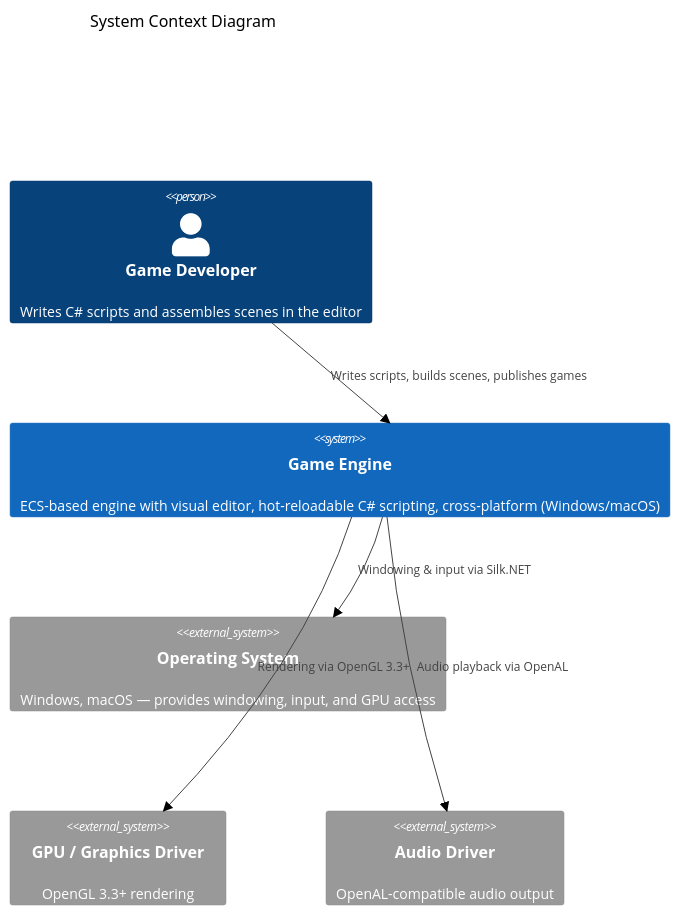
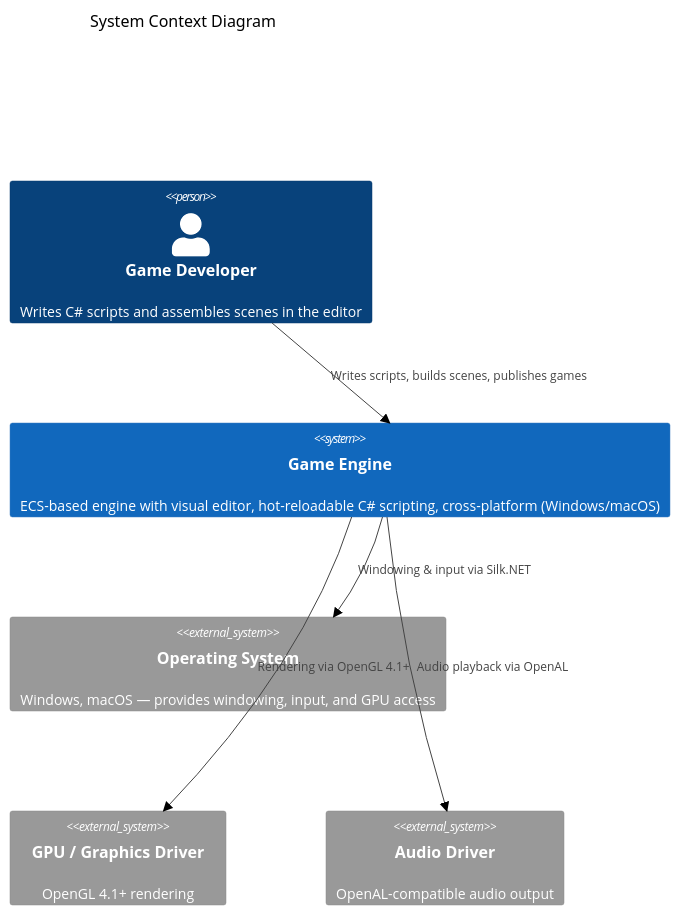
Before and after one commit to kateusz/GameEngine: the first of 2 diagrams in docs/architecture/README.md, drawn with Mermaid (forest theme). The commit also changed other lines of this file and 53 other files, not shown here.

````diff
--- a/docs/architecture/README.md
+++ b/docs/architecture/README.md
@@ -13,17 +13,17 @@
 ```mermaid
 C4Context
     title System Context Diagram
 
     Person(dev, "Game Developer", "Writes C# scripts and assembles scenes in the editor")
 
     System(engine, "Game Engine", "ECS-based engine with visual editor, hot-reloadable C# scripting, cross-platform (Windows/macOS)")
 
     System_Ext(os, "Operating System", "Windows, macOS — provides windowing, input, and GPU access")
-    System_Ext(gpu, "GPU / Graphics Driver", "OpenGL 3.3+ rendering")
+    System_Ext(gpu, "GPU / Graphics Driver", "OpenGL 4.1+ rendering")
     System_Ext(audio, "Audio Driver", "OpenAL-compatible audio output")
 
     Rel(dev, engine, "Writes scripts, builds scenes, publishes games")
     Rel(engine, os, "Windowing & input via Silk.NET")
-    Rel(engine, gpu, "Rendering via OpenGL 3.3+")
+    Rel(engine, gpu, "Rendering via OpenGL 4.1+")
     Rel(engine, audio, "Audio playback via OpenAL")
 ```
````
